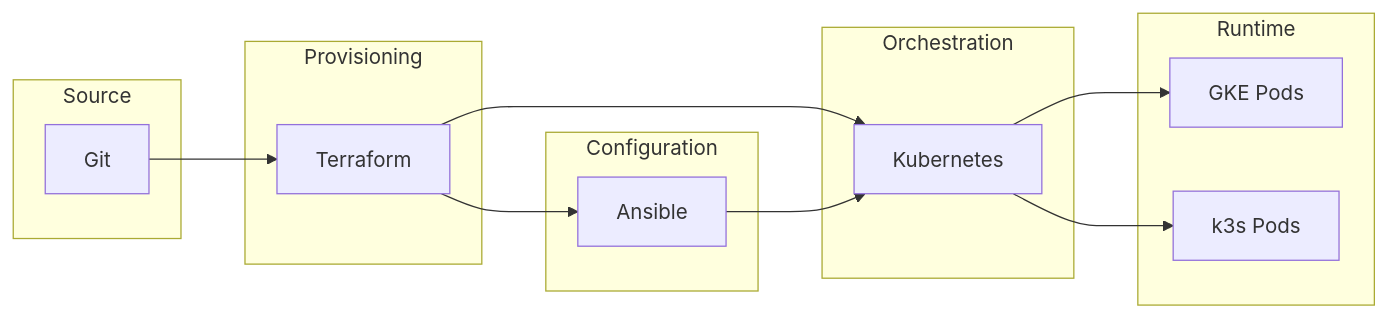
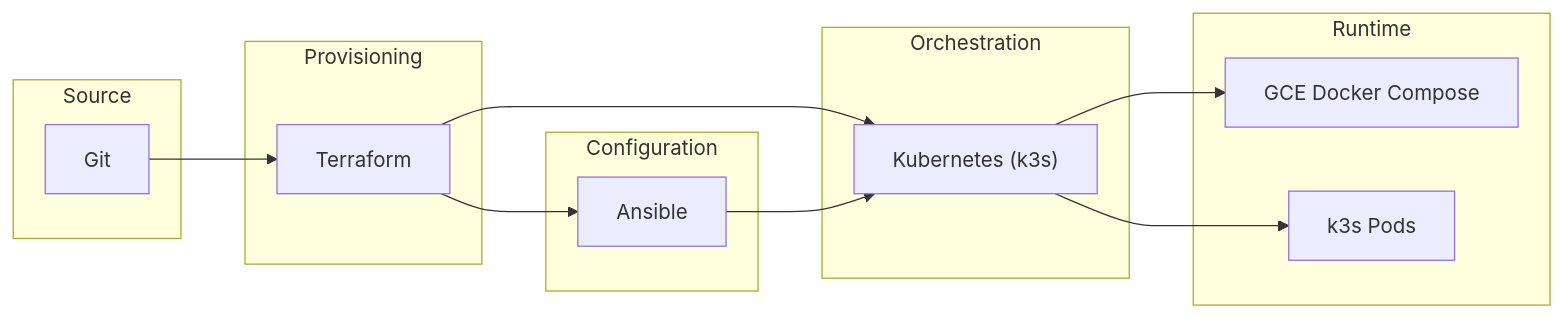
One commit to Tagomori0211/Minecraft-on-Kubenates changed the first of 5 diagrams in Documents/README/Home.md. Above: the diagram before and after it, drawn with Mermaid. The commit also changed other lines of this file and 6 other files, not shown here.

````diff
--- a/Documents/README/Home.md
+++ b/Documents/README/Home.md
@@ -37,30 +43,30 @@
 ```mermaid
 flowchart LR
     subgraph Source
         Git["Git"]
     end
 
     subgraph Provisioning
         TF["Terraform"]
     end
 
     subgraph Configuration
         Ansible["Ansible"]
     end
 
     subgraph Orchestration
-        K8S["Kubernetes"]
+        K8S["Kubernetes (k3s)"]
     end
 
     subgraph Runtime
-        GKE_Pods["GKE Pods"]
+        GCE_Compose["GCE Docker Compose"]
         K3S_Pods["k3s Pods"]
     end
 
     Git --> TF
     TF --> Ansible
     TF --> K8S
     Ansible --> K8S
-    K8S --> GKE_Pods
+    K8S --> GCE_Compose
     K8S --> K3S_Pods
 ```
````
